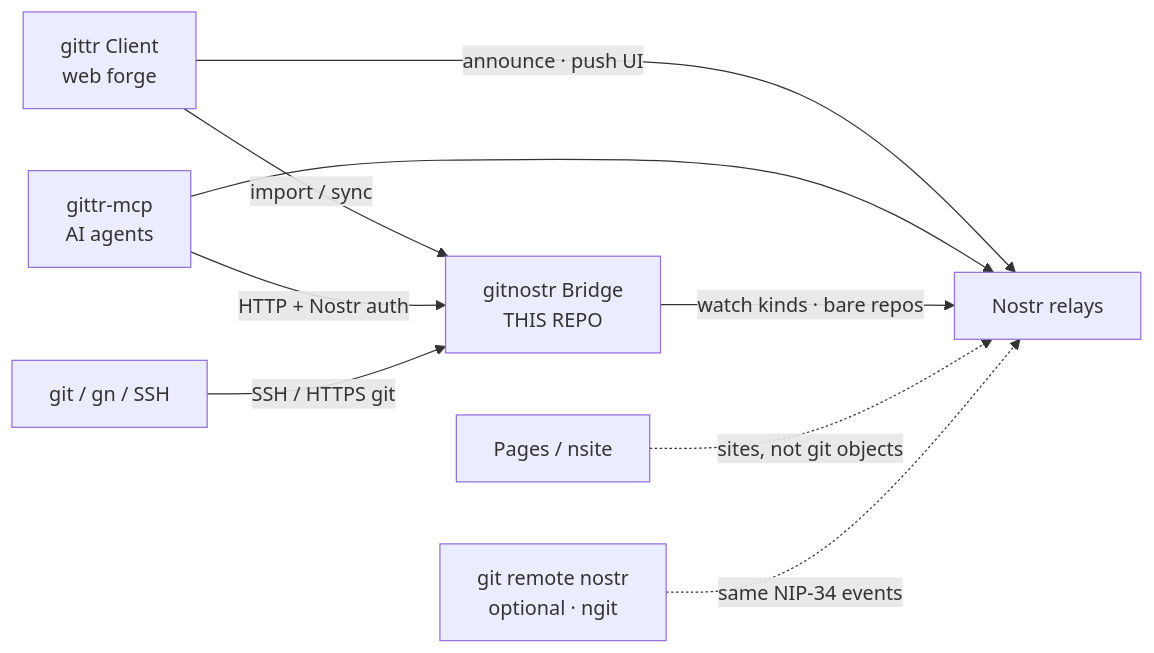
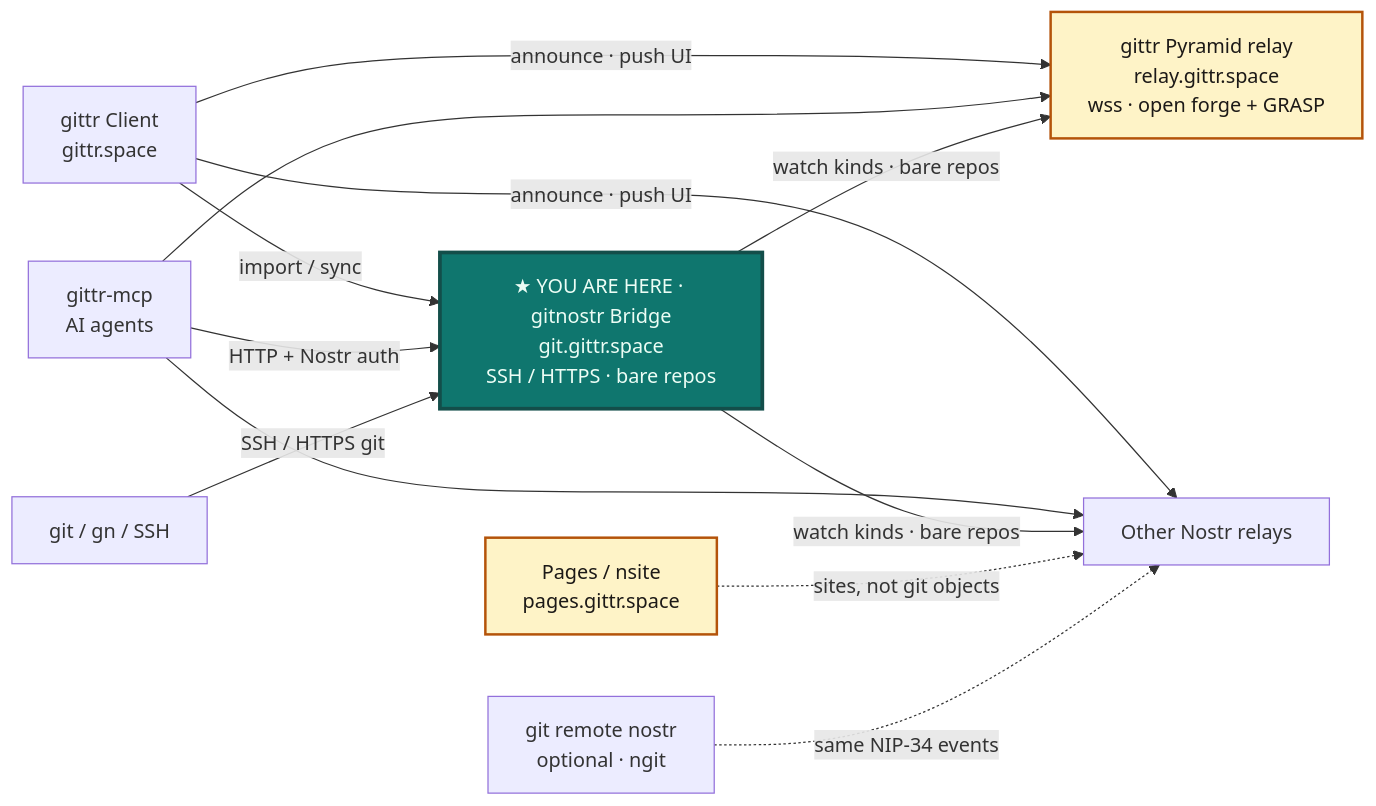
The diagram in ui/gitnostr/README.md (arbadacarbaYK/gittr), drawn with Mermaid before and after one commit. The commit also changed other lines of this file and 1 other file, not shown here.

Commit message:
docs: highlight host URLs and you-are-here on platform maps
Add relay.gittr.space; style git/pages/relay hosts and the repo's own card in gittr + gitnostr READMEs.

````diff
--- a/ui/gitnostr/README.md
+++ b/ui/gitnostr/README.md
@@ -11,19 +11,28 @@
 ```mermaid
 flowchart LR
-  UI["gittr Client<br/>web forge"]
+  UI["gittr Client<br/>gittr.space"]
   MCP["gittr-mcp<br/>AI agents"]
   CLI["git / gn / SSH"]
-  Bridge["gitnostr Bridge<br/>THIS REPO"]
-  Relays["Nostr relays"]
-  Pages["Pages / nsite"]
+  Bridge["★ YOU ARE HERE · gitnostr Bridge<br/>git.gittr.space<br/>SSH / HTTPS · bare repos"]
+  RelayGittr["gittr Pyramid relay<br/>relay.gittr.space<br/>wss · open forge + GRASP"]
+  Relays["Other Nostr relays"]
+  Pages["Pages / nsite<br/>pages.gittr.space"]
   Remote["git remote nostr<br/>optional · ngit"]
 
+  UI -->|announce · push UI| RelayGittr
   UI -->|announce · push UI| Relays
   UI -->|import / sync| Bridge
   MCP -->|HTTP + Nostr auth| Bridge
+  MCP --> RelayGittr
   MCP --> Relays
   CLI -->|SSH / HTTPS git| Bridge
+  Bridge -->|watch kinds · bare repos| RelayGittr
   Bridge -->|watch kinds · bare repos| Relays
   Pages -.->|sites, not git objects| Relays
   Remote -.->|same NIP-34 events| Relays
+
+  classDef youAreHere fill:#0f766e,stroke:#134e4a,stroke-width:3px,color:#ecfdf5
+  classDef hostUrl fill:#fef3c7,stroke:#b45309,stroke-width:2px,color:#1c1917
+  class Bridge youAreHere
+  class Pages,RelayGittr hostUrl
 ```
````
